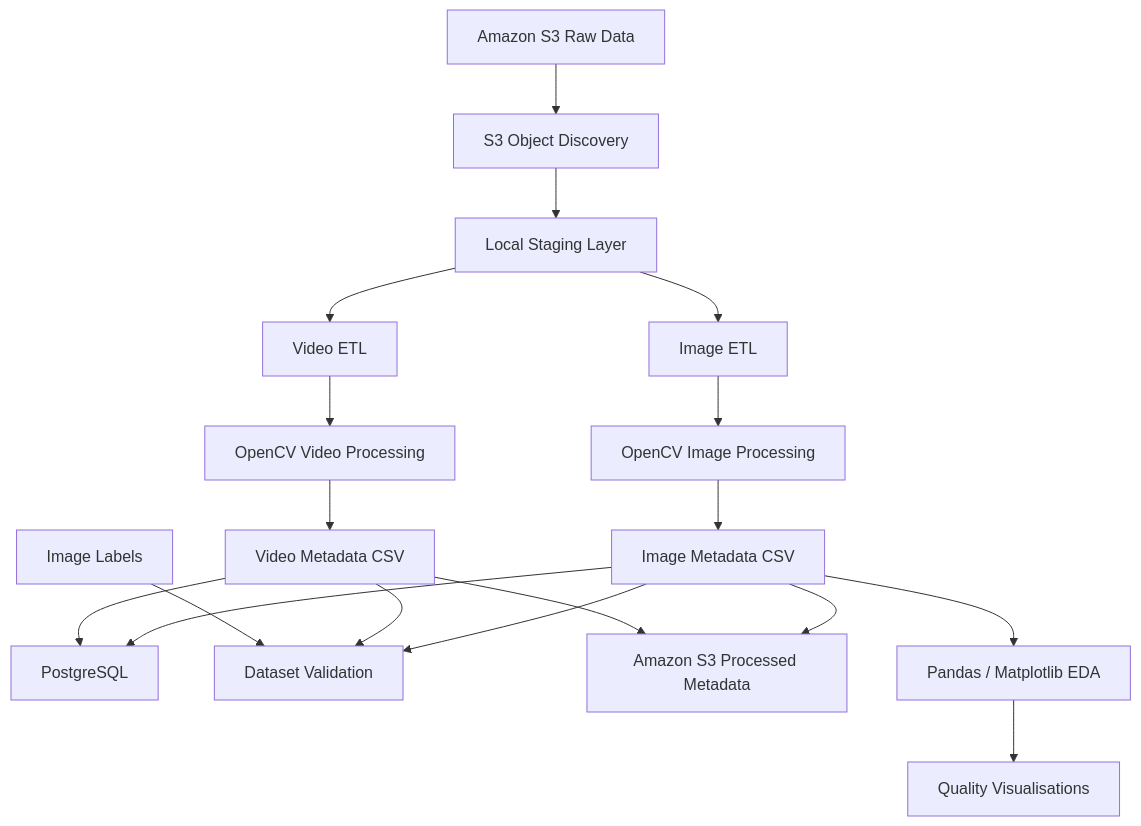
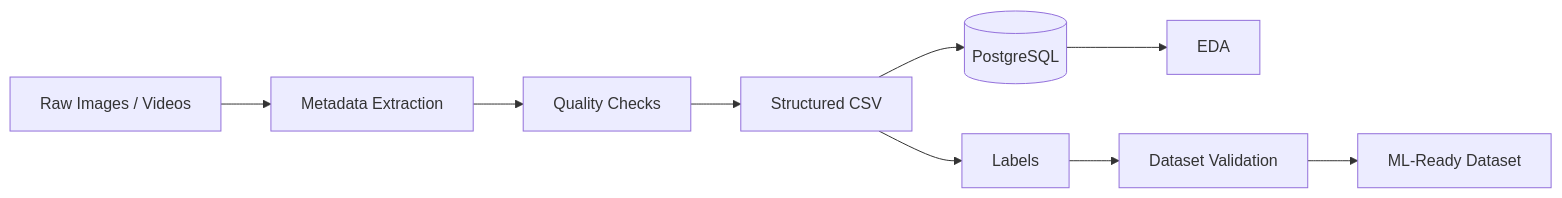
One commit to Krishnakanth-21/sentinelvision changed the second of 2 diagrams in README.md. Above: the diagram before and after it, drawn with Mermaid. The commit also changed other lines of this file, not shown here.

````diff
--- a/README.md
+++ b/README.md
@@ -13,27 +292,21 @@
 ```mermaid
-flowchart TD
-    A[Amazon S3 Raw Data] --> B[S3 Object Discovery]
-    B --> C[Local Staging Layer]
+flowchart LR
+    RAW[Raw Images / Videos]
+    META[Metadata Extraction]
+    QC[Quality Checks]
+    CSV[Structured CSV]
+    DB[(PostgreSQL)]
+    EDA[EDA]
+    LABEL[Labels]
+    VALID[Dataset Validation]
+    READY[ML-Ready Dataset]
 
-    C --> D[Image ETL]
-    C --> E[Video ETL]
-
-    D --> F[OpenCV Image Processing]
-    E --> G[OpenCV Video Processing]
-
-    F --> H[Image Metadata CSV]
-    G --> I[Video Metadata CSV]
-
-    H --> J[PostgreSQL]
-    I --> J
-
-    H --> K[Dataset Validation]
-    I --> K
-    L[Image Labels] --> K
-
-    H --> M[Amazon S3 Processed Metadata]
-    I --> M
-
-    H --> N[Pandas / Matplotlib EDA]
-    N --> O[Quality Visualisations]
+    RAW --> META
+    META --> QC
+    QC --> CSV
+    CSV --> DB
+    DB --> EDA
+    CSV --> LABEL
+    LABEL --> VALID
+    VALID --> READY
 ```
````
